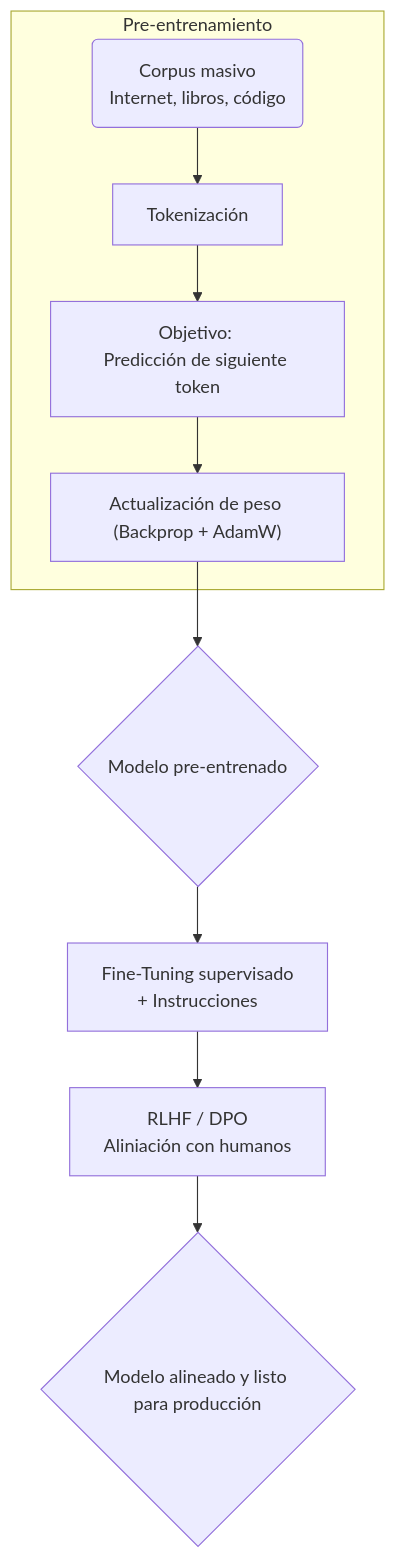
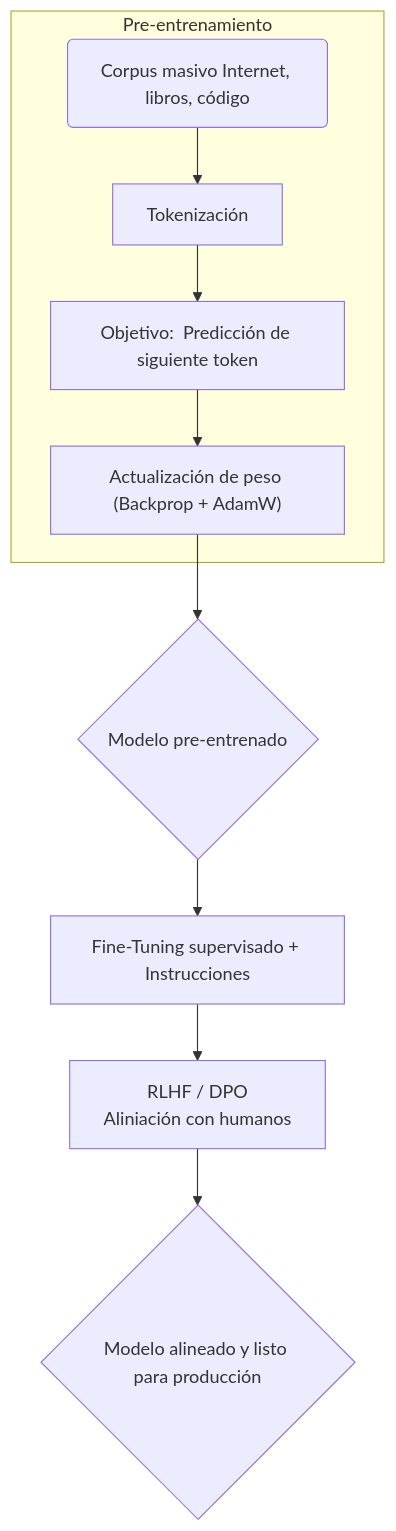
One commit to infosails/clase-bk changed the third of 5 diagrams in docs/llms.md. Above: the diagram before and after it, drawn with Mermaid.

````diff
--- a/docs/llms.md
+++ b/docs/llms.md
@@ -76,12 +76,12 @@
 ```mermaid
 flowchart TD
   subgraph Pre-entrenamiento
-    A1(Corpus masivo\nInternet, libros, código) --> A2[Tokenización]
-    A2 --> A3[Objetivo: \nPredicción de siguiente token]
+    A1(Corpus masivo Internet, libros, código) --> A2[Tokenización]
+    A2 --> A3[Objetivo:  Predicción de siguiente token]
     A3 --> A4["Actualización de peso (Backprop + AdamW)"]
   end
   A4 --> B1{Modelo pre‑entrenado}
-  B1 --> C1[Fine‑Tuning supervisado\n+ Instrucciones]
+  B1 --> C1[Fine‑Tuning supervisado + Instrucciones]
   C1 --> C2[RLHF / DPO\nAliniación con humanos]
   C2 --> D1{Modelo alineado y listo para producción}
 ```
````
